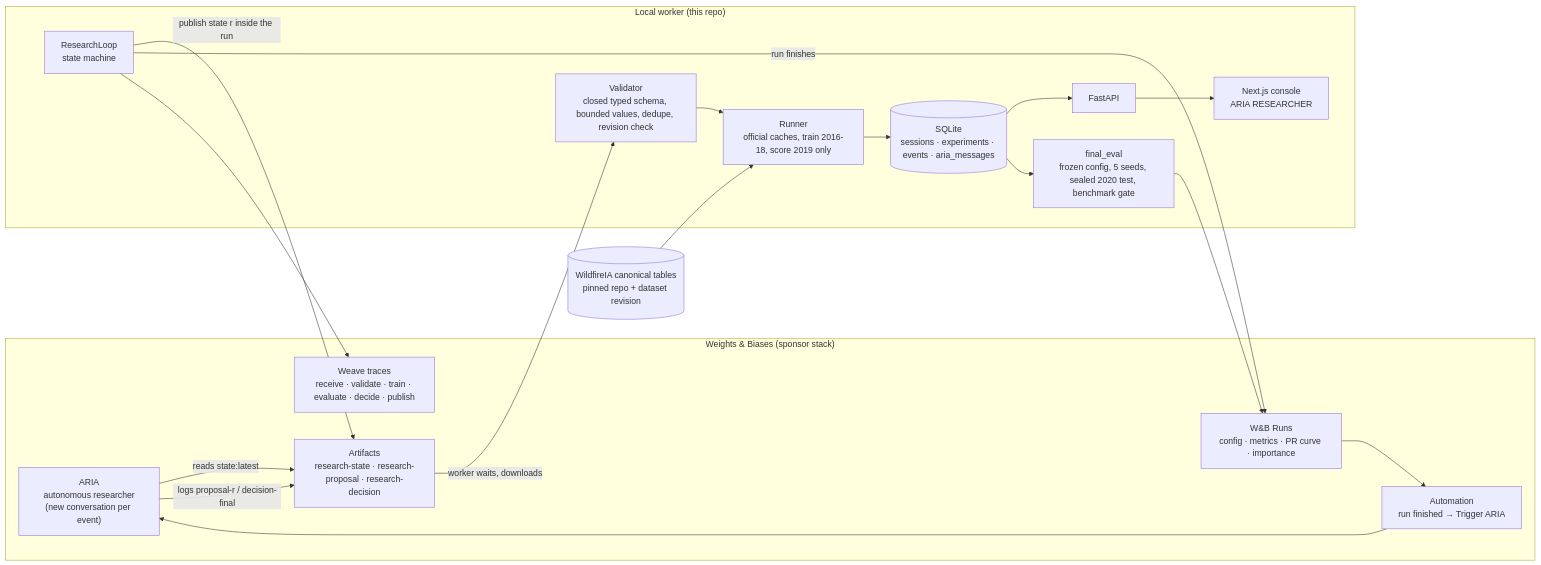
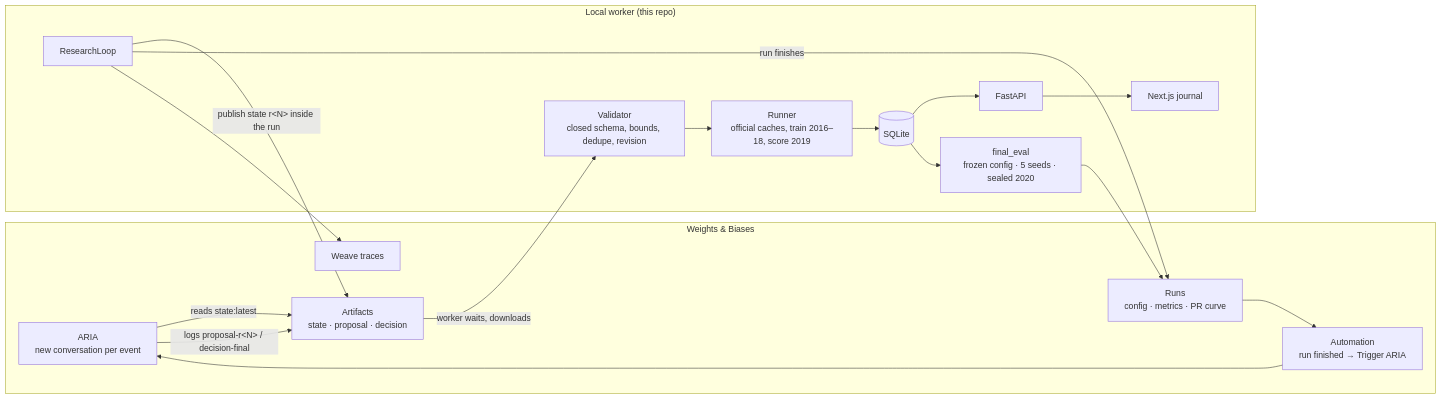
One commit to roshni2020/arian-os changed the diagram in README.md. Above: the diagram before and after it, drawn with Mermaid. The commit also changed other lines of this file and 53 other files, not shown here.

Commit message:
Implement evidence-grounded ARIA research workflows and document live acceptance

````diff
--- a/README.md
+++ b/README.md
@@ -32,29 +147,25 @@
 ```mermaid
 flowchart LR
-  subgraph W&B["Weights & Biases (sponsor stack)"]
-    ARIA["ARIA<br/>autonomous researcher<br/>(new conversation per event)"]
+  subgraph W&B["Weights & Biases"]
+    ARIA["ARIA<br/>new conversation per event"]
     AUTO["Automation<br/>run finished → Trigger ARIA"]
-    ART["Artifacts<br/>research-state · research-proposal · research-decision"]
-    RUNS["W&B Runs<br/>config · metrics · PR curve · importance"]
-    WEAVE["Weave traces<br/>receive · validate · train · evaluate · decide · publish"]
+    ART["Artifacts<br/>state · proposal · decision"]
+    RUNS["Runs<br/>config · metrics · PR curve"]
+    WEAVE["Weave traces"]
   end
   subgraph Local["Local worker (this repo)"]
-    LOOP["ResearchLoop<br/>state machine"]
-    VAL["Validator<br/>closed typed schema, bounded values, dedupe, revision check"]
-    RUN["Runner<br/>official caches, train 2016-18, score 2019 only"]
-    DB[("SQLite<br/>sessions · experiments · events · aria_messages")]
-    API["FastAPI"]
-    UI["Next.js console<br/>ARIA RESEARCHER"]
-    FINAL["final_eval<br/>frozen config, 5 seeds, sealed 2020 test, benchmark gate"]
+    LOOP["ResearchLoop"]
+    VAL["Validator<br/>closed schema, bounds, dedupe, revision"]
+    RUN["Runner<br/>official caches, train 2016–18, score 2019"]
+    DB[("SQLite")]
+    API["FastAPI"] --> UI["Next.js journal"]
+    FINAL["final_eval<br/>frozen config · 5 seeds · sealed 2020"]
   end
-  DATA[("WildfireIA canonical tables<br/>pinned repo + dataset revision")]
-  LOOP -- "publish state r<N> inside the run" --> ART
+  LOOP -- "publish state r&lt;N&gt; inside the run" --> ART
   LOOP -- "run finishes" --> RUNS --> AUTO --> ARIA
   ARIA -- "reads state:latest" --> ART
-  ARIA -- "logs proposal-r<N> / decision-final" --> ART
-  ART -- "worker waits, downloads" --> VAL --> RUN --> DB
-  DATA --> RUN
+  ARIA -- "logs proposal-r&lt;N&gt; / decision-final" --> ART
+  ART -- "worker waits, downloads" --> VAL --> RUN --> DB --> API
   LOOP --> WEAVE
-  DB --> API --> UI
   DB --> FINAL --> RUNS
 ```
````
